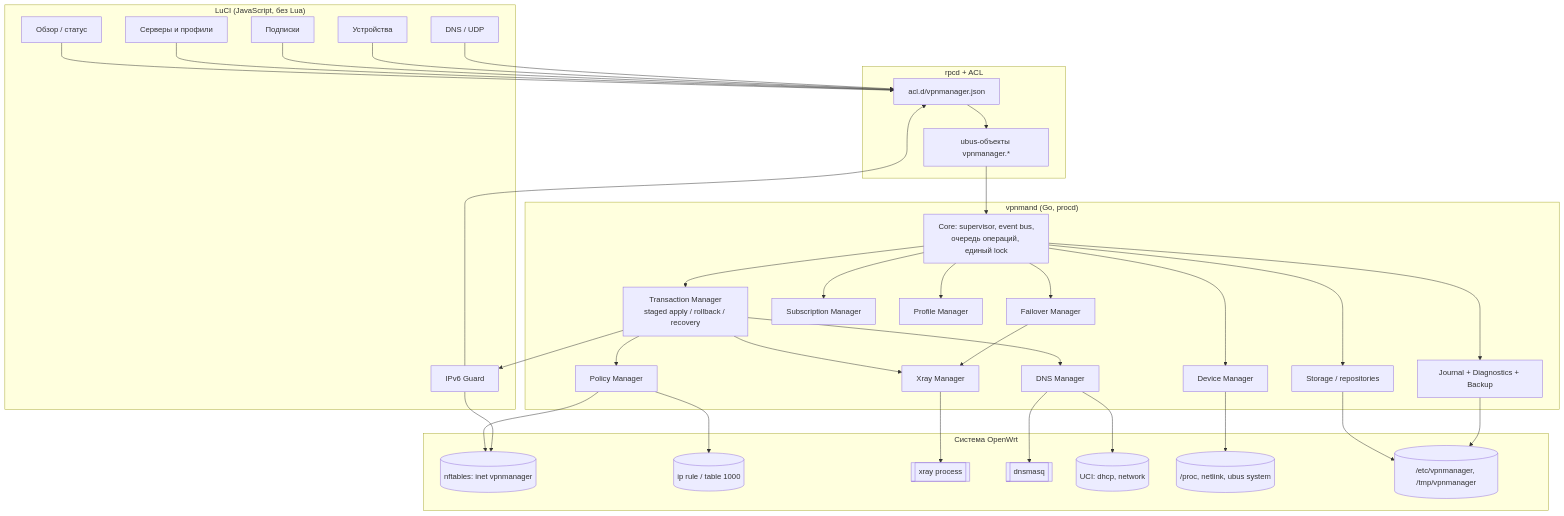
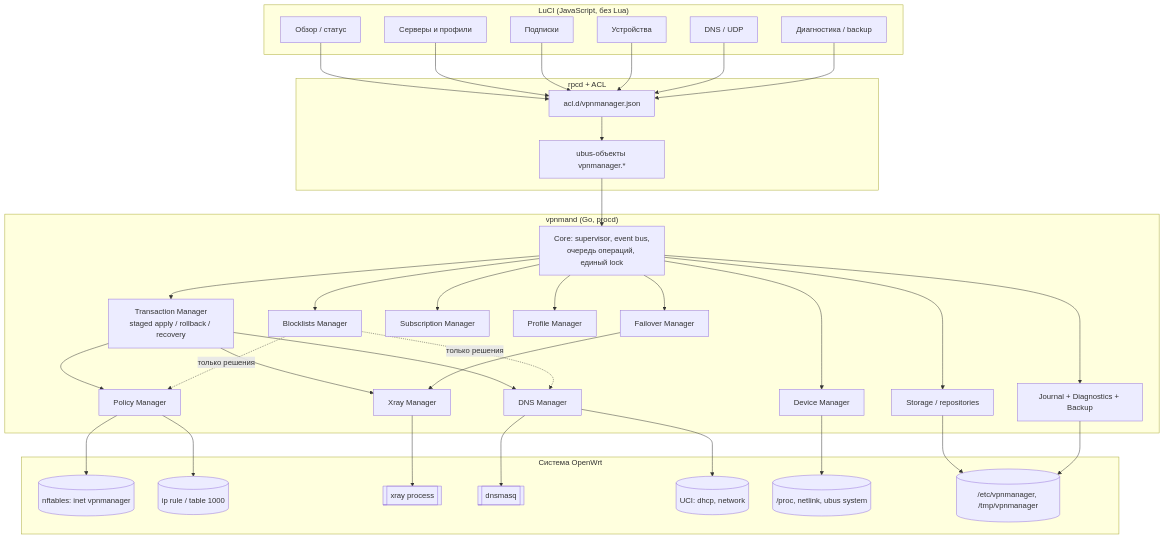
One commit to vvidomina/vpn-manager-openwrt changed the first of 9 diagrams in analysis/10-stage2-architecture.md. Above: the diagram before and after it, drawn with Mermaid. The commit also changed other lines of this file and 16 other files, not shown here.

First line of the commit message:
docs(architecture): устранить замечания первого ревью

````diff
--- a/analysis/10-stage2-architecture.md
+++ b/analysis/10-stage2-architecture.md
@@ -39,55 +39,56 @@
 ```mermaid
 graph TD
     subgraph UI["LuCI (JavaScript, без Lua)"]
         V1[Обзор / статус]
         V2[Серверы и профили]
         V3[Подписки]
         V4[Устройства]
         V5[DNS / UDP]
         V6[Диагностика / backup]
     end
 
     subgraph RPC["rpcd + ACL"]
         ACL[acl.d/vpnmanager.json]
         OBJ[ubus-объекты vpnmanager.*]
     end
 
     subgraph D["vpnmand (Go, procd)"]
         CORE[Core: supervisor, event bus,<br/>очередь операций, единый lock]
         TX[Transaction Manager<br/>staged apply / rollback / recovery]
         POL[Policy Manager]
         XM[Xray Manager]
         DNS[DNS Manager]
-        V6[IPv6 Guard]
+        BL[Blocklists Manager]
         DEV[Device Manager]
         SUB[Subscription Manager]
         PROF[Profile Manager]
         FO[Failover Manager]
         ST[Storage / repositories]
         J[Journal + Diagnostics + Backup]
     end
 
     subgraph SYS["Система OpenWrt"]
         NFT[(nftables: inet vpnmanager)]
         RULE[(ip rule / table 1000)]
         XR[[xray process]]
         DM[[dnsmasq]]
         UCI[(UCI: dhcp, network)]
         PROC[(/proc, netlink, ubus system)]
         FS[(/etc/vpnmanager, /tmp/vpnmanager)]
     end
 
     V1 & V2 & V3 & V4 & V5 & V6 --> ACL --> OBJ --> CORE
     CORE --> TX
-    TX --> POL & XM & DNS & V6
+    TX --> POL & XM & DNS
     CORE --> DEV & SUB & PROF & FO
     CORE --> ST & J
     POL --> NFT & RULE
     XM --> XR
     DNS --> DM & UCI
-    V6 --> NFT
+    CORE --> BL
+    BL -.->|только решения| POL & DNS
     DEV --> PROC
     ST --> FS
     J --> FS
     FO --> XM
 ```
````
